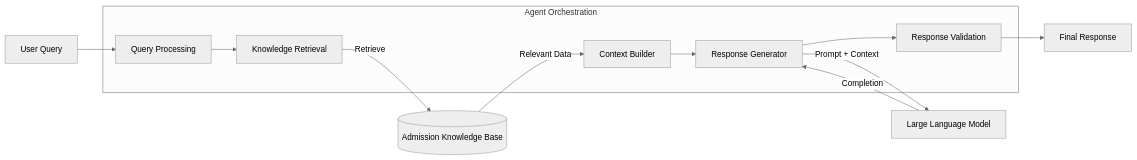
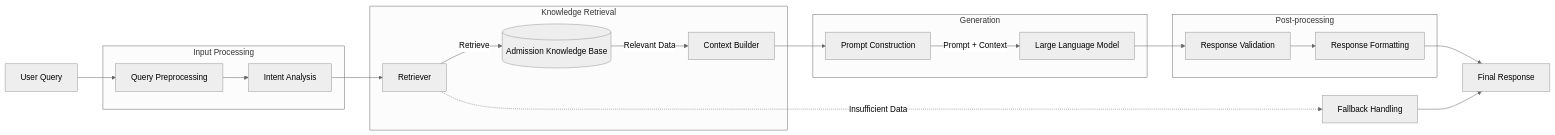
Before and after one commit to Timtimle/UniAdmSys: the second of 2 diagrams in README.md, drawn with Mermaid (neutral theme). The commit also changed other lines of this file, not shown here.

````diff
--- a/README.md
+++ b/README.md
@@ -54,28 +44,45 @@
 ```mermaid
 flowchart LR
     Q["User Query"]
 
-    subgraph ORCH["Agent Orchestration"]
-        P["Query Processing"]
-        R["Knowledge Retrieval"]
-        C["Context Builder"]
-        G["Response Generator"]
-        V["Response Validation"]
+    subgraph INPUT["Input Processing"]
+        P["Query Preprocessing"]
+        I["Intent Analysis"]
     end
 
-    KB[("Admission Knowledge Base")]
-    LLM["Large Language Model"]
+    subgraph RETRIEVAL["Knowledge Retrieval"]
+        R["Retriever"]
+        KB[("Admission Knowledge Base")]
+        C["Context Builder"]
+    end
+
+    subgraph GENERATION["Generation"]
+        PR["Prompt Construction"]
+        LLM["Large Language Model"]
+    end
+
+    subgraph POST["Post-processing"]
+        V["Response Validation"]
+        F["Response Formatting"]
+    end
+
     OUT["Final Response"]
+    FALLBACK["Fallback Handling"]
 
     Q --> P
-    P --> R
+    P --> I
+
+    I --> R
     R -->|"Retrieve"| KB
     KB -->|"Relevant Data"| C
-    C --> G
 
-    G -->|"Prompt + Context"| LLM
-    LLM -->|"Completion"| G
+    C --> PR
+    PR -->|"Prompt + Context"| LLM
 
-    G --> V
-    V --> OUT
+    LLM --> V
+    V --> F
+    F --> OUT
+
+    R -.->|"Insufficient Data"| FALLBACK
+    FALLBACK --> OUT
 ```
````
